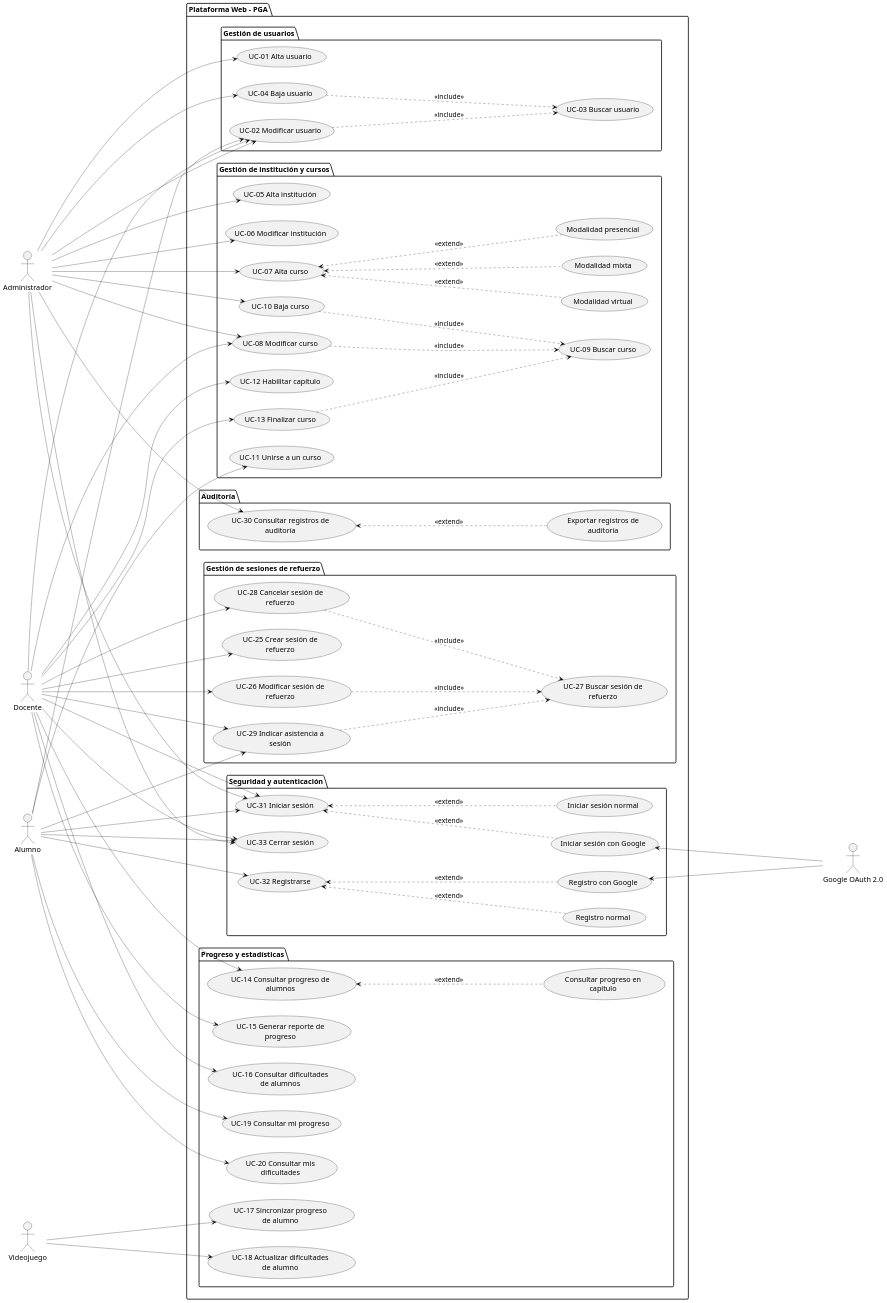
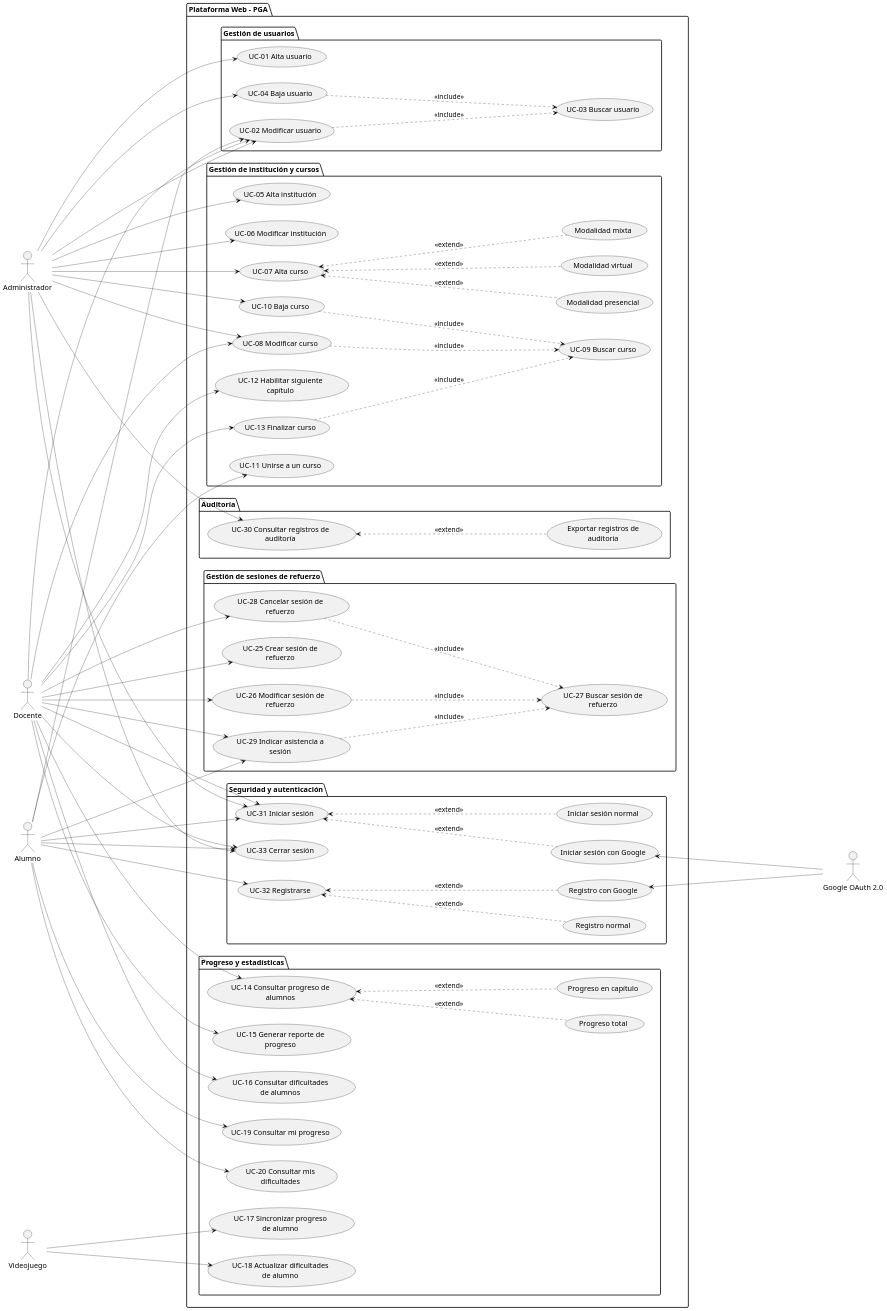
One commit to francoalbornoz2002/ASC-ProyectoAlgoritmia-TrabajoFinal changed the diagram in docs/requisitos/casos-de-uso/diagrama-casos-de-uso/dcu-expandido.puml. Above: the diagram before and after it, drawn with PlantUML. The commit also changed 6 other files, not shown here.

```diff
--- a/docs/requisitos/casos-de-uso/diagrama-casos-de-uso/dcu-expandido.puml
+++ b/docs/requisitos/casos-de-uso/diagrama-casos-de-uso/dcu-expandido.puml
@@ -1,151 +1,153 @@
 @startuml DCU_Expandido
 left to right direction
 
 skinparam dpi 150
 skinparam usecasePadding 25
 skinparam actorPadding 100
 skinparam packagePadding 20
 skinparam wrapWidth 200
 
 skinparam nodesep 30
 skinparam ranksep 300
 
 skinparam ArrowThickness 0.5
 skinparam ArrowColor Black
 
 
 actor Administrador
 actor Docente
 actor Alumno
 actor "Google OAuth 2.0" as GoogleOAuth2
 actor Videojuego
 
 package "Plataforma Web - PGA"{
   'Subsistemas'
   package "Gestión de usuarios" {
     usecase "UC-01 Alta usuario" as UC01
     usecase "UC-02 Modificar usuario" as UC02
     usecase "UC-03 Buscar usuario" as UC03
     usecase "UC-04 Baja usuario" as UC04
 
     'Relaciones'
     Administrador --> UC01
     Administrador --> UC02
     Alumno --> UC02
     Docente --> UC02
     UC02 ..> UC03 : <<include>>
     Administrador --> UC04
     UC04 ..> UC03 : <<include>>
   }
 
   package "Gestión de institución y cursos" {
     usecase "UC-05 Alta institución" as UC05
     usecase "UC-06 Modificar institución" as UC06
     usecase "UC-07 Alta curso" as UC07
     usecase "Modalidad presencial" as UC07A
     usecase "Modalidad virtual" as UC07B
     usecase "Modalidad mixta" as UC07C
     usecase "UC-08 Modificar curso" as UC08
     usecase "UC-09 Buscar curso" as UC09
     usecase "UC-10 Baja curso" as UC10
     usecase "UC-11 Unirse a un curso" as UC11
-    usecase "UC-12 Habilitar capítulo" as UC12
+    usecase "UC-12 Habilitar siguiente capítulo" as UC12
     usecase "UC-13 Finalizar curso" as UC13
 
     'Relaciones'
     'AM Institución
     Administrador --> UC05
     Administrador --> UC06
     'ABM Cursos
     Administrador --> UC07
     UC07 <.. UC07A : <<extend>>
     UC07 <.. UC07B : <<extend>>
     UC07 <.. UC07C : <<extend>>
     Administrador --> UC08
     Docente --> UC08
     Administrador --> UC10
     UC08 ..> UC09 : <<include>>
     UC10 ..> UC09 : <<include>>
     'Unirse a curso
     Alumno --> UC11
     'Habilitar capítulo
     Docente --> UC12
     Docente --> UC13
     UC13 ..> UC09 : <<include>>
   }
 
   package "Progreso y estadísticas" {
     usecase "UC-14 Consultar progreso de alumnos" as UC14
-    usecase "Consultar progreso en capítulo" as UC14A
+    usecase "Progreso total" as UC14A
+    usecase "Progreso en capítulo" as UC14B
     usecase "UC-15 Generar reporte de progreso" as UC15
     usecase "UC-16 Consultar dificultades de alumnos" as UC16
     usecase "UC-17 Sincronizar progreso de alumno" as UC17
     usecase "UC-18 Actualizar dificultades de alumno" as UC18
     usecase "UC-19 Consultar mi progreso" as UC19
     usecase "UC-20 Consultar mis dificultades" as UC20
 
     'Relaciones'
     Docente --> UC14
     UC14 <.. UC14A : <<extend>>
+    UC14 <.. UC14B : <<extend>>
     Docente --> UC15
     Docente --> UC16
     Videojuego --> UC17
     Videojuego --> UC18
     Alumno --> UC19
     Alumno --> UC20
   }
 
   package "Gestión de sesiones de refuerzo" {
     usecase "UC-25 Crear sesión de refuerzo" as UC25
     usecase "UC-26 Modificar sesión de refuerzo" as UC26
     usecase "UC-27 Buscar sesión de refuerzo" as UC27
     usecase "UC-28 Cancelar sesión de refuerzo" as UC28
     usecase "UC-29 Indicar asistencia a sesión" as UC29
 
     'Relaciones'
     Docente --> UC25
     Docente --> UC26
     Docente --> UC28
     UC26 ..> UC27 : <<include>>
     UC28 ..> UC27 : <<include>>
     Docente --> UC29
     Alumno --> UC29
     UC29 ..> UC27 : <<include>>
   }
 
   package "Auditoría" {
     usecase "UC-30 Consultar registros de auditoría" as UC30
     usecase "Exportar registros de auditoría" as UC30A
 
     'Relaciones'
     Administrador --> UC30
     UC30 <.. UC30A : <<extend>>
   }
 
   package "Seguridad y autenticación" {
     usecase "UC-31 Iniciar sesión" as UC31
     usecase "Iniciar sesión normal" as UC31A
     usecase "Iniciar sesión con Google" as UC31B
     usecase "UC-32 Registrarse" as UC32
     usecase "Registro normal" as UC32A
     usecase "Registro con Google" as UC32B
     usecase "UC-33 Cerrar sesión" as UC33
 
     'Relaciones'
     Administrador --> UC31
     Administrador --> UC33
     Docente --> UC31
     Docente --> UC33
     Alumno --> UC31
     Alumno --> UC32
     Alumno --> UC33
     UC31 <.. UC31A : <<extend>>
     UC31 <.. UC31B : <<extend>>
     UC32 <.. UC32A : <<extend>>
     UC32 <.. UC32B : <<extend>>
     GoogleOAuth2 -up-> UC31B
     GoogleOAuth2 -up-> UC32B
   }
 
 }
 @enduml
```
